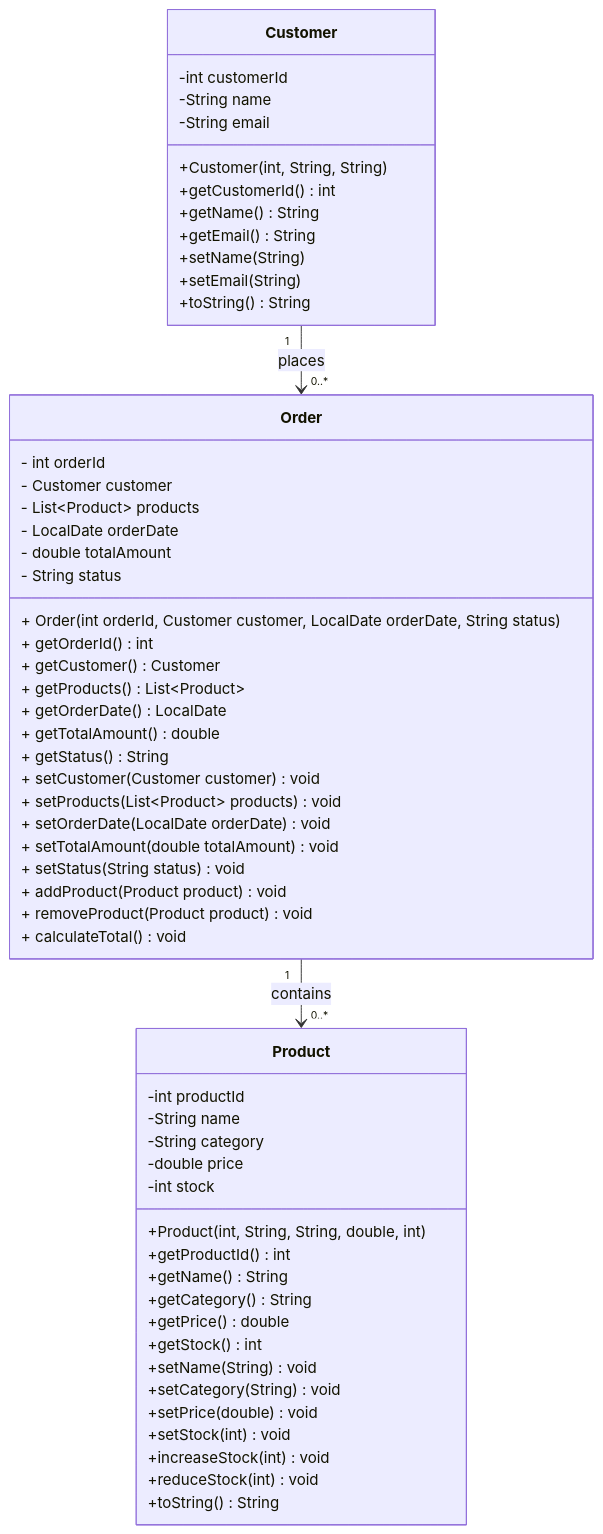
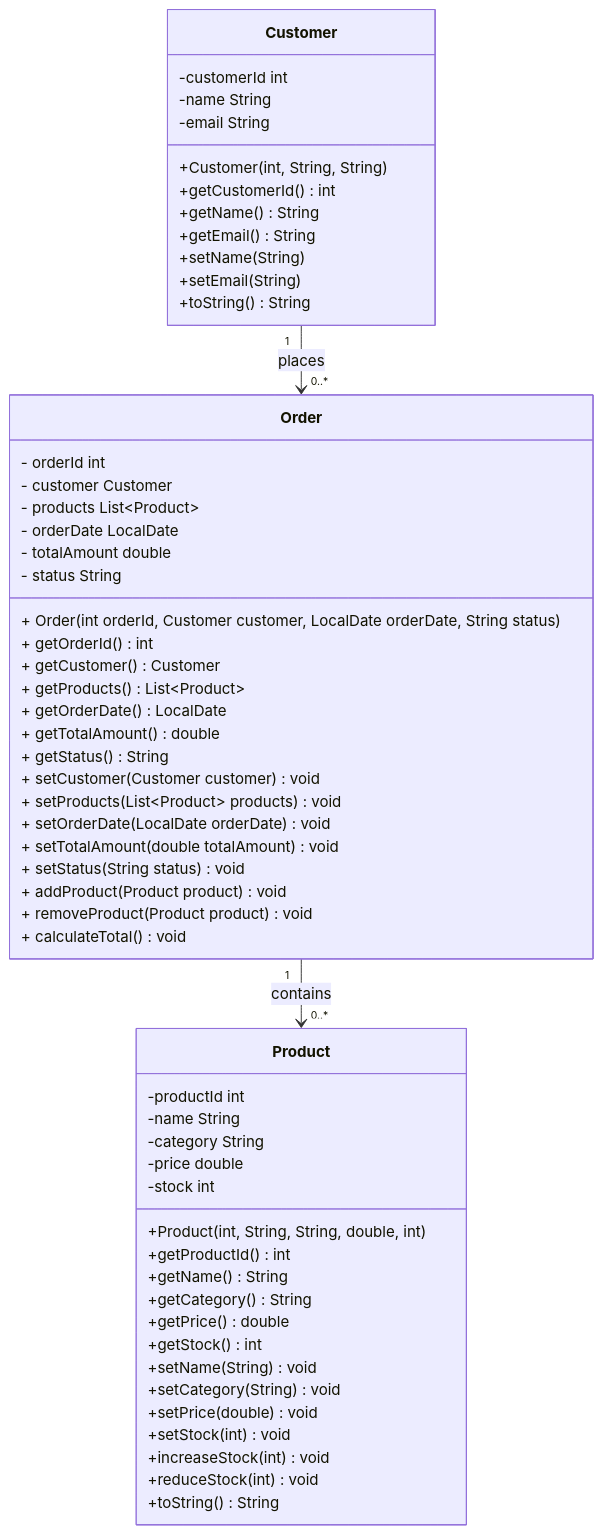
The fifth of 5 diagrams in README.md (jayani-athukorala/java-oop-exercise), drawn with Mermaid before and after one commit. The commit also changed other lines of this file, not shown here.

Commit message:
format uml diagrams

````diff
--- a/README.md
+++ b/README.md
@@ -107,67 +107,67 @@
 ```mermaid
 classDiagram
     class Customer {
-        -int customerId
-        -String name
-        -String email
+        -customerId int
+        -name String
+        -email String
         +Customer(int, String, String)
         +getCustomerId() int
         +getName() String
         +getEmail() String
         +setName(String)
         +setEmail(String)
         +toString() String
     }
 
     class Order {
-      - int orderId
-      - Customer customer
-      - List~Product~ products
-      - LocalDate orderDate
-      - double totalAmount
-      - String status
+      - orderId int
+      - customer Customer
+      - products List~Product~
+      - orderDate LocalDate
+      - totalAmount double
+      - status String
     
       + Order(int orderId, Customer customer, LocalDate orderDate, String status)
       + getOrderId() int
       + getCustomer() Customer
       + getProducts() List~Product~
       + getOrderDate() LocalDate
       + getTotalAmount() double
       + getStatus() String
     
       + setCustomer(Customer customer) void
       + setProducts(List~Product~ products) void
       + setOrderDate(LocalDate orderDate) void
       + setTotalAmount(double totalAmount) void
       + setStatus(String status) void
           
       + addProduct(Product product) void
       + removeProduct(Product product) void
       + calculateTotal() void
     }
 
     class Product {
-        -int productId
-        -String name
-        -String category
-        -double price
-        -int stock
+        -productId int
+        -name String
+        -category String
+        -price double
+        -stock int
         +Product(int, String, String, double, int)
         +getProductId() int
         +getName() String
         +getCategory() String
         +getPrice() double
         +getStock() int
         +setName(String) void
         +setCategory(String) void
         +setPrice(double) void
         +setStock(int) void
         +increaseStock(int) void
         +reduceStock(int) void
         +toString() String
     }
 
     %% Relationships
     Customer "1" --> "0..*" Order : places
     Order "1" --> "0..*" Product : contains
 ```
````
